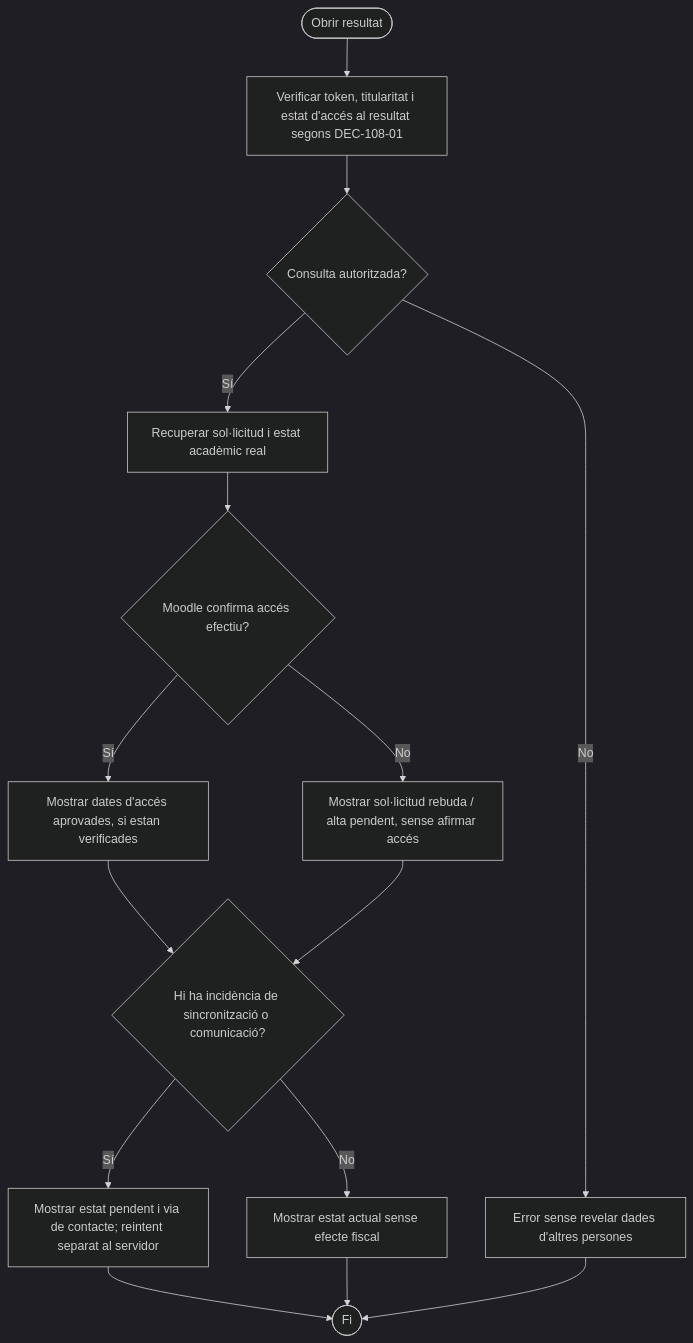
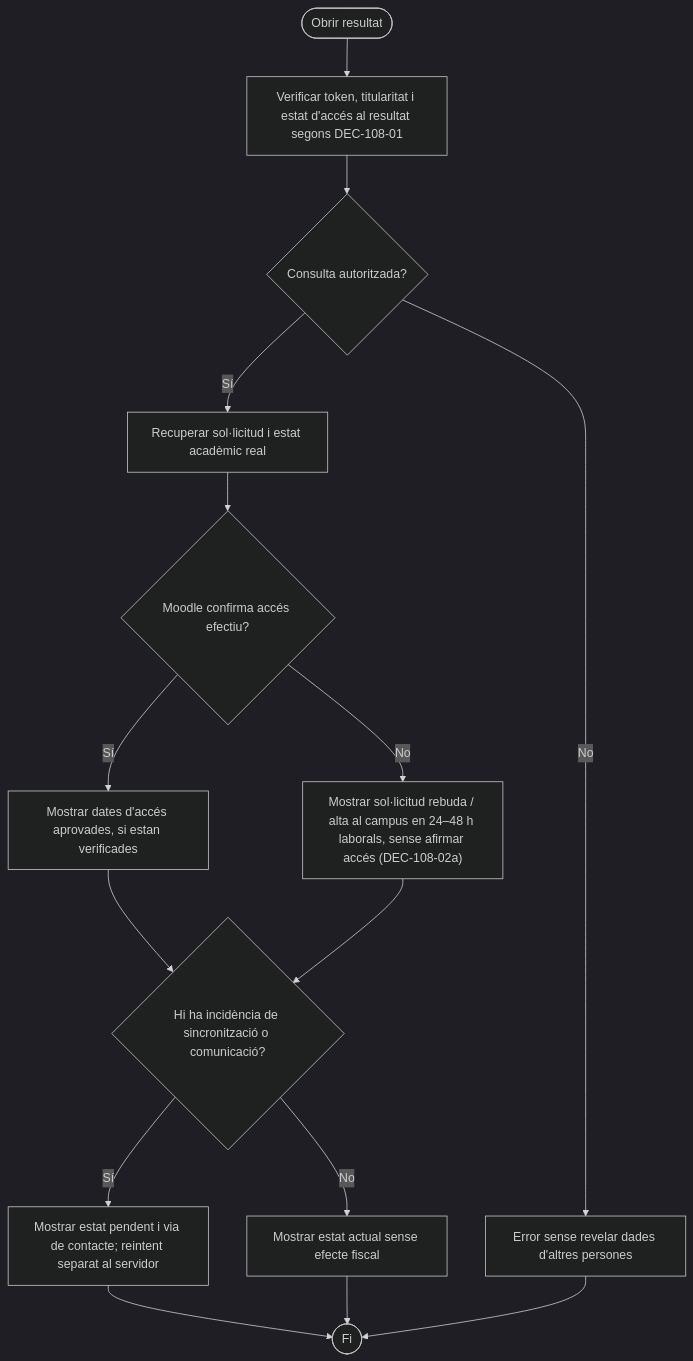
One commit to orgmeriemprismacat-del/verifactu changed the eighth of 8 diagrams in documentacio/07-uml-integrat/uc-108-vistes-grafiques-activitats-pagines.md. Above: the diagram before and after it, drawn with Mermaid (dark theme). The commit also changed other lines of this file, not shown here.

Commit message:
docs: agree 24–48 working hours for UC-108 campus enrollment, not immediate access

````diff
--- a/documentacio/07-uml-integrat/uc-108-vistes-grafiques-activitats-pagines.md
+++ b/documentacio/07-uml-integrat/uc-108-vistes-grafiques-activitats-pagines.md
@@ -173,17 +173,17 @@
 ```mermaid
 flowchart TD
   A([Obrir resultat]) --> B["Verificar token, titularitat i estat d'accés al resultat segons DEC-108-01"]
   B --> C{"Consulta autoritzada?"}
   C -->|No| D["Error sense revelar dades d'altres persones"]
   C -->|Sí| E["Recuperar sol·licitud i estat acadèmic real"]
   E --> F{"Moodle confirma accés efectiu?"}
   F -->|Sí| G["Mostrar dates d'accés aprovades, si estan verificades"]
-  F -->|No| H["Mostrar sol·licitud rebuda / alta pendent, sense afirmar accés"]
+  F -->|No| H["Mostrar sol·licitud rebuda / alta al campus en 24–48 h laborals, sense afirmar accés (DEC-108-02a)"]
   G --> I{"Hi ha incidència de sincronització o comunicació?"}
   H --> I
   I -->|Sí| J["Mostrar estat pendent i via de contacte; reintent separat al servidor"]
   I -->|No| K["Mostrar estat actual sense efecte fiscal"]
   J --> L([Fi])
   K --> L
   D --> L
 ```
````
